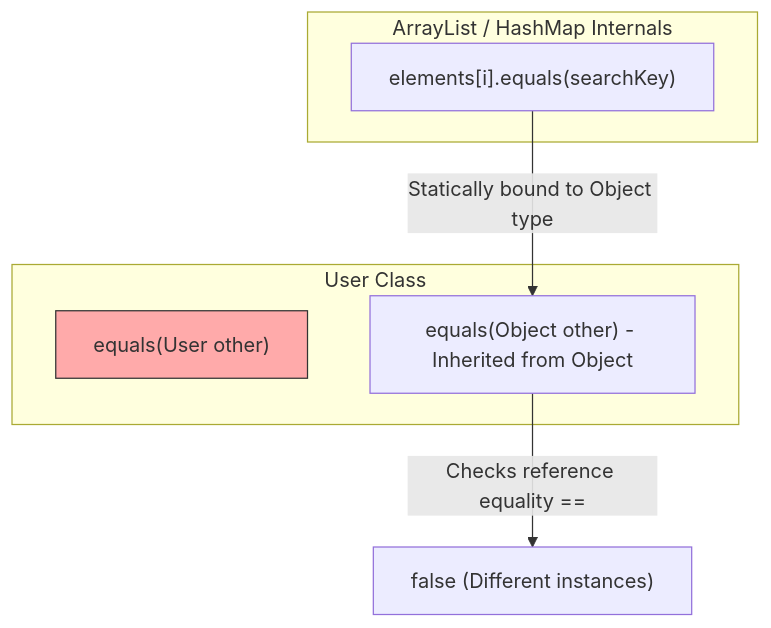
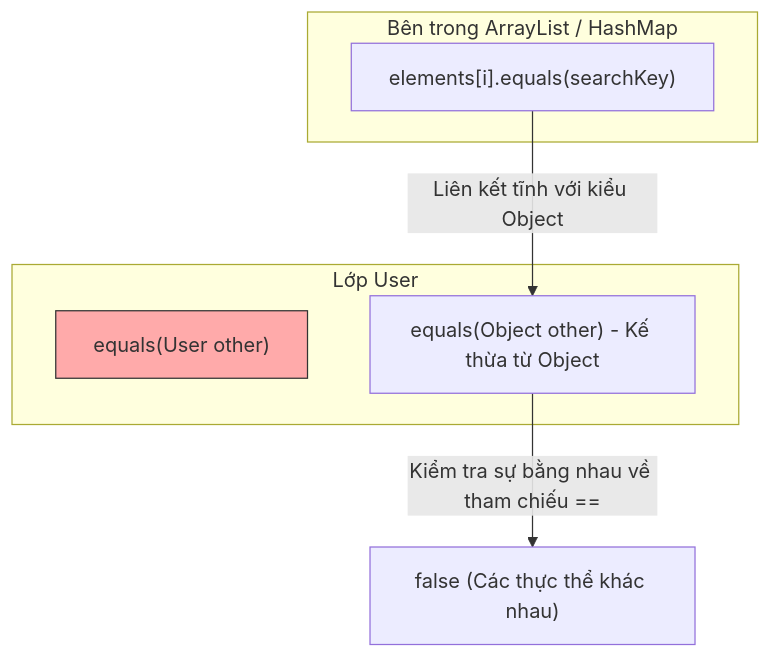
Before and after one commit to PhuThien2005/theoretical-of-java-core: the second of 2 diagrams in vi/14-object-class/theory/01-tostring-concepts.md, drawn with Mermaid. The commit also changed other lines of this file and 229 other files, not shown here.

````diff
--- a/vi/14-object-class/theory/01-tostring-concepts.md
+++ b/vi/14-object-class/theory/01-tostring-concepts.md
@@ -130,13 +130,13 @@
 ```mermaid
 flowchart TD
-    subgraph Collection [ArrayList / HashMap Internals]
+    subgraph Collection [Bên trong ArrayList / HashMap]
         Call["elements[i].equals(searchKey)"]
     end
-    subgraph UserClass [User Class]
+    subgraph UserClass [Lớp User]
         Overload["equals(User other)"]
-        Default["equals(Object other) - Inherited from Object"]
+        Default["equals(Object other) - Kế thừa từ Object"]
     end
-    Call -->|Statically bound to Object type| Default
-    Default -->|Checks reference equality ==| Result["false (Different instances)"]
+    Call -->|Liên kết tĩnh với kiểu Object| Default
+    Default -->|Kiểm tra sự bằng nhau về tham chiếu ==| Result["false (Các thực thể khác nhau)"]
     style Overload fill:#faa,stroke:#333
 ```
````
